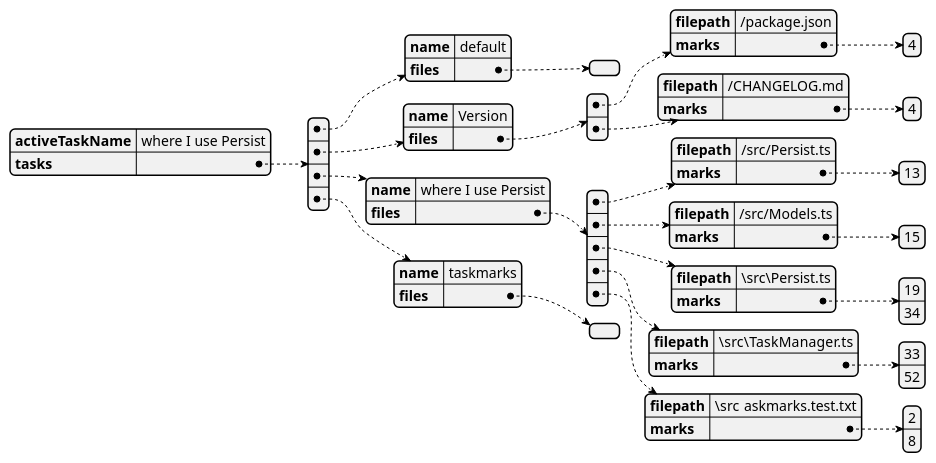
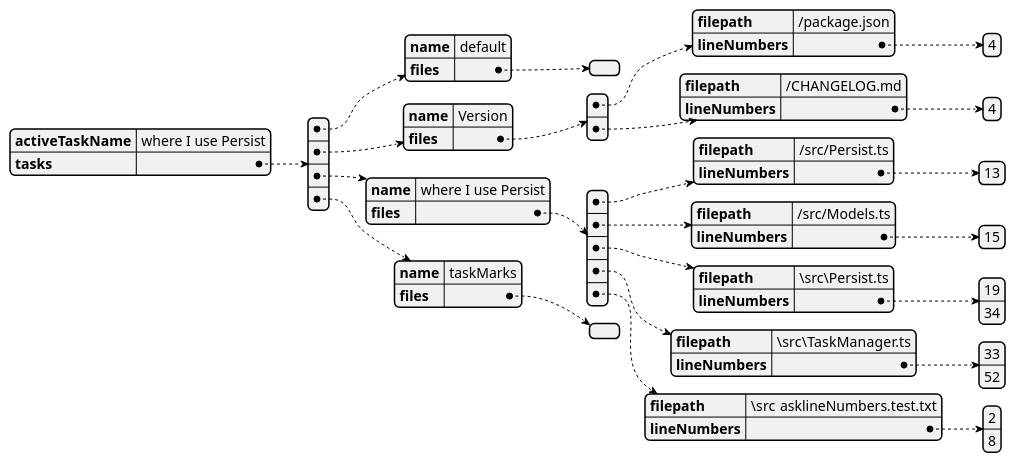
The diagram in docu/taskmarks.json.puml (norbertK/taskmarks), drawn with PlantUML before and after one commit. The commit also changed 19 other files, not shown here.

```diff
--- a/docu/taskmarks.json.puml
+++ b/docu/taskmarks.json.puml
@@ -1,70 +1,70 @@
 @startjson
 {
   "activeTaskName": "where I use Persist",
   "tasks": [
     {
       "name": "default",
       "files": []
     },
     {
       "name": "Version",
       "files": [
         {
           "filepath": "/package.json",
-          "marks": [
+          "lineNumbers": [
             4
           ]
         },
         {
           "filepath": "/CHANGELOG.md",
-          "marks": [
+          "lineNumbers": [
             4
           ]
         }
       ]
     },
     {
       "name": "where I use Persist",
       "files": [
         {
           "filepath": "/src/Persist.ts",
-          "marks": [
+          "lineNumbers": [
             13
           ]
         },
         {
           "filepath": "/src/Models.ts",
-          "marks": [
+          "lineNumbers": [
             15
           ]
         },
         {
           "filepath": "\\src\\Persist.ts",
-          "marks": [
+          "lineNumbers": [
             19,
             34
           ]
         },
         {
           "filepath": "\\src\\TaskManager.ts",
-          "marks": [
+          "lineNumbers": [
             33,
             52
           ]
         },
         {
-          "filepath": "\\src\\taskmarks.test.txt",
-          "marks": [
+          "filepath": "\\src\\tasklineNumbers.test.txt",
+          "lineNumbers": [
             2,
             8
           ]
         }
       ]
     },
     {
-      "name": "taskmarks",
+      "name": "taskMarks",
       "files": []
     }
   ]
 }
 @endjson
```
